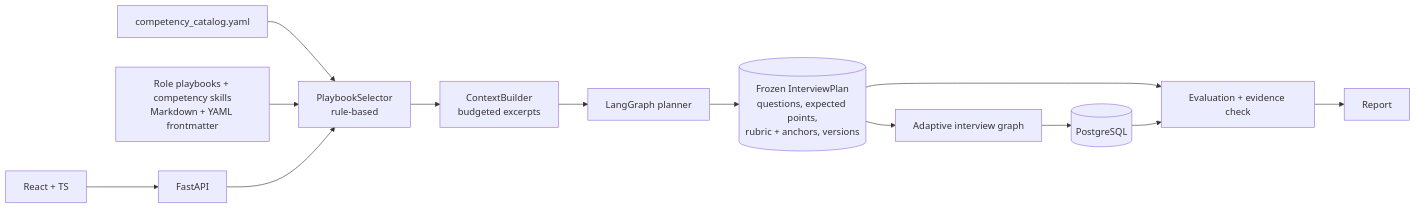
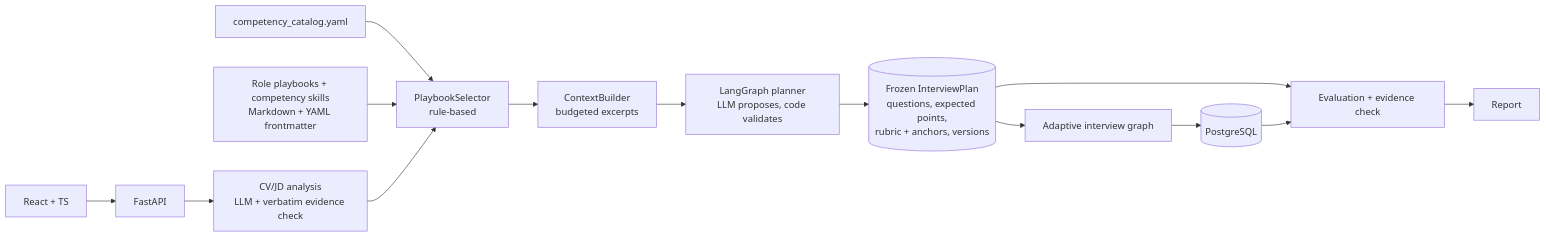
Before and after one commit to hieunh21/AI-Voice-Interview-Agent: the diagram in README.md, drawn with Mermaid. The commit also changed other lines of this file and 82 other files, not shown here.

Commit message:
feat: add playbook library, LangGraph interview planner and Gemini integration

````diff
--- a/README.md
+++ b/README.md
@@ -20,12 +22,13 @@
 ```mermaid
 flowchart LR
   UI[React + TS] --> API[FastAPI]
+  API --> DOC[CV/JD analysis<br/>LLM + verbatim evidence check]
   CAT[competency_catalog.yaml] --> SEL[PlaybookSelector<br/>rule-based]
   PB[Role playbooks + competency skills<br/>Markdown + YAML frontmatter] --> SEL
-  API --> SEL --> CTX[ContextBuilder<br/>budgeted excerpts] --> PREP[LangGraph planner]
+  DOC --> SEL --> CTX[ContextBuilder<br/>budgeted excerpts] --> PREP[LangGraph planner<br/>LLM proposes, code validates]
   PREP --> PLAN[(Frozen InterviewPlan<br/>questions, expected points,<br/>rubric + anchors, versions)]
   PLAN --> LIVE[Adaptive interview graph]
   PLAN --> POST[Evaluation + evidence check]
   LIVE --> DB[(PostgreSQL)]
   DB --> POST --> REPORT[Report]
 ```
````
